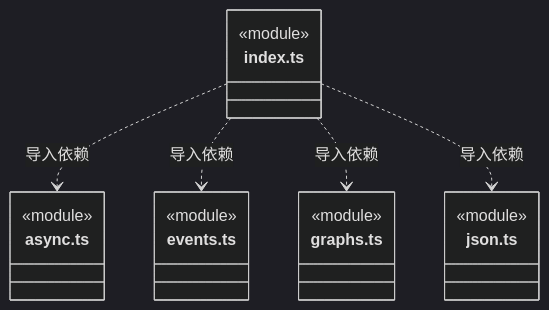
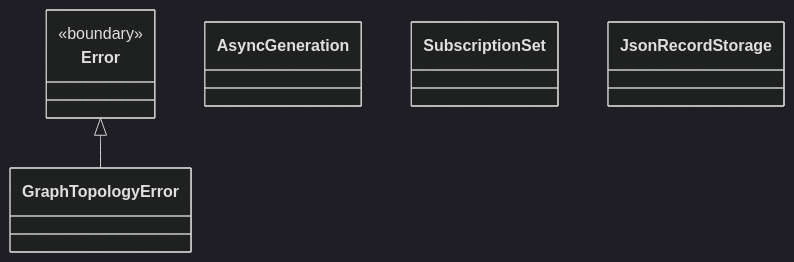
Before and after one commit to nan023062/cbim: the diagram in src/view/foundations/utility/ARCHITECTURE.md, drawn with Mermaid (dark theme). The commit also changed other lines of this file and 158 other files, not shown here.

Commit message:
docs: model architecture through nested virtual encapsulations

````diff
--- a/src/view/foundations/utility/ARCHITECTURE.md
+++ b/src/view/foundations/utility/ARCHITECTURE.md
@@ -250,22 +22,15 @@
 ```mermaid
 classDiagram
-class N_src_view_foundations_utility_index_ts["index.ts"] {
-  <<module>>
+class N_b7b436f4eeb9["Error"] {
+  <<boundary>>
 }
-class N_src_view_foundations_utility_async_ts["async.ts"] {
-  <<module>>
-}
-class N_src_view_foundations_utility_events_ts["events.ts"] {
-  <<module>>
-}
-class N_src_view_foundations_utility_graphs_ts["graphs.ts"] {
-  <<module>>
-}
-class N_src_view_foundations_utility_json_ts["json.ts"] {
-  <<module>>
-}
-N_src_view_foundations_utility_index_ts ..> N_src_view_foundations_utility_async_ts : 导入依赖
-N_src_view_foundations_utility_index_ts ..> N_src_view_foundations_utility_events_ts : 导入依赖
-N_src_view_foundations_utility_index_ts ..> N_src_view_foundations_utility_graphs_ts : 导入依赖
-N_src_view_foundations_utility_index_ts ..> N_src_view_foundations_utility_json_ts : 导入依赖
+class N_d201ab0ad253["GraphTopologyError"]
+click N_d201ab0ad253 href "graphs.ts"
+class N_1c38527df49d["AsyncGeneration"]
+click N_1c38527df49d href "async.ts"
+class N_9072a9fb7c02["SubscriptionSet"]
+click N_9072a9fb7c02 href "events.ts"
+class N_019edb786e70["JsonRecordStorage"]
+click N_019edb786e70 href "storage.ts"
+N_b7b436f4eeb9 <|-- N_d201ab0ad253
 ```
````
